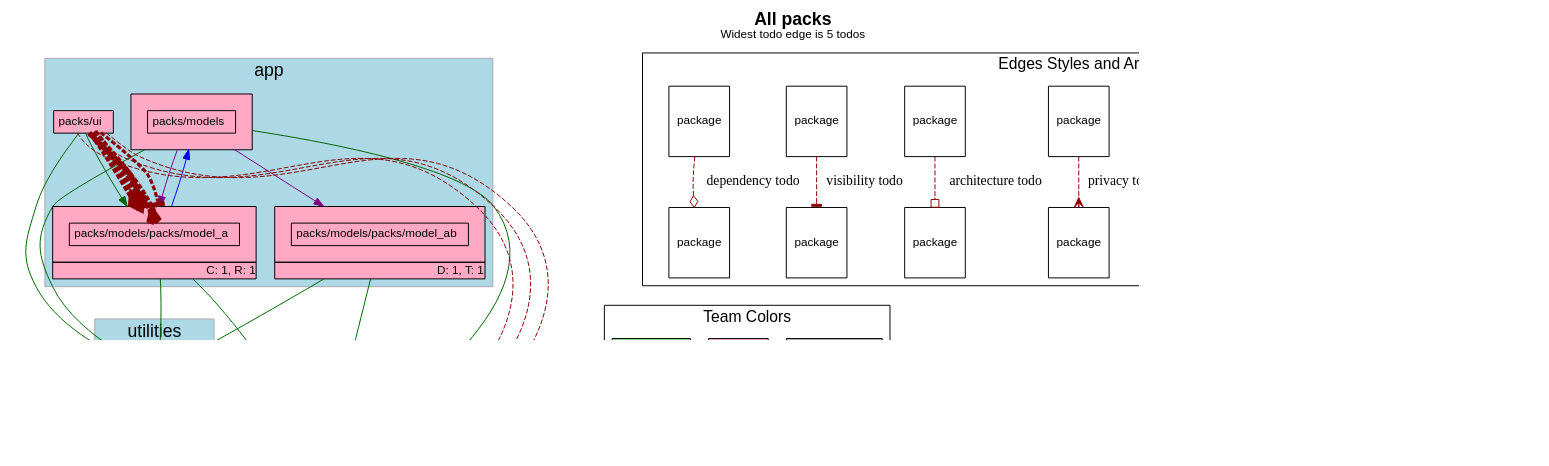
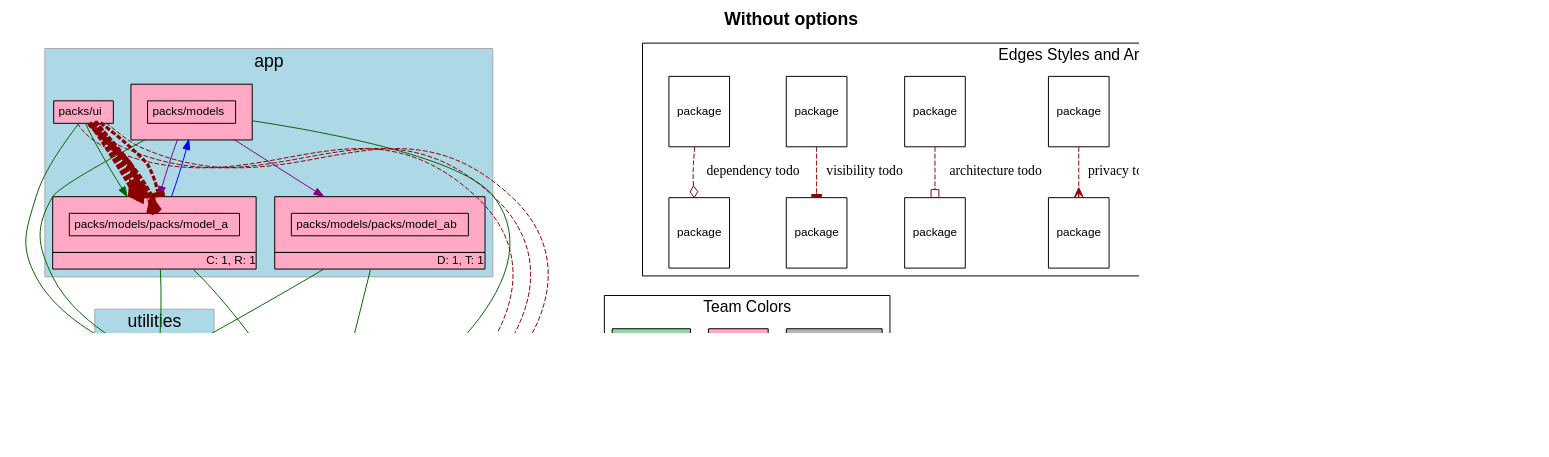
The diagram in spec/sample_app1/test_output/plain.dot (rubyatscale/visualize_packs), drawn with Graphviz before and after one commit. The commit also changed 13 other files, not shown here.

```diff
--- a/spec/sample_app1/test_output/plain.dot
+++ b/spec/sample_app1/test_output/plain.dot
@@ -5,7 +5,7 @@
     fontname="Helvetica,Arial,sans-serif"
     dpi=100
     layout=dot
-    label=<<b>All packs</b><br/><font point-size='12'>Widest todo edge is 5 todos</font>>
+    label=<<b>Without options</b>>
     fontsize=18
   ]
   node [
```
